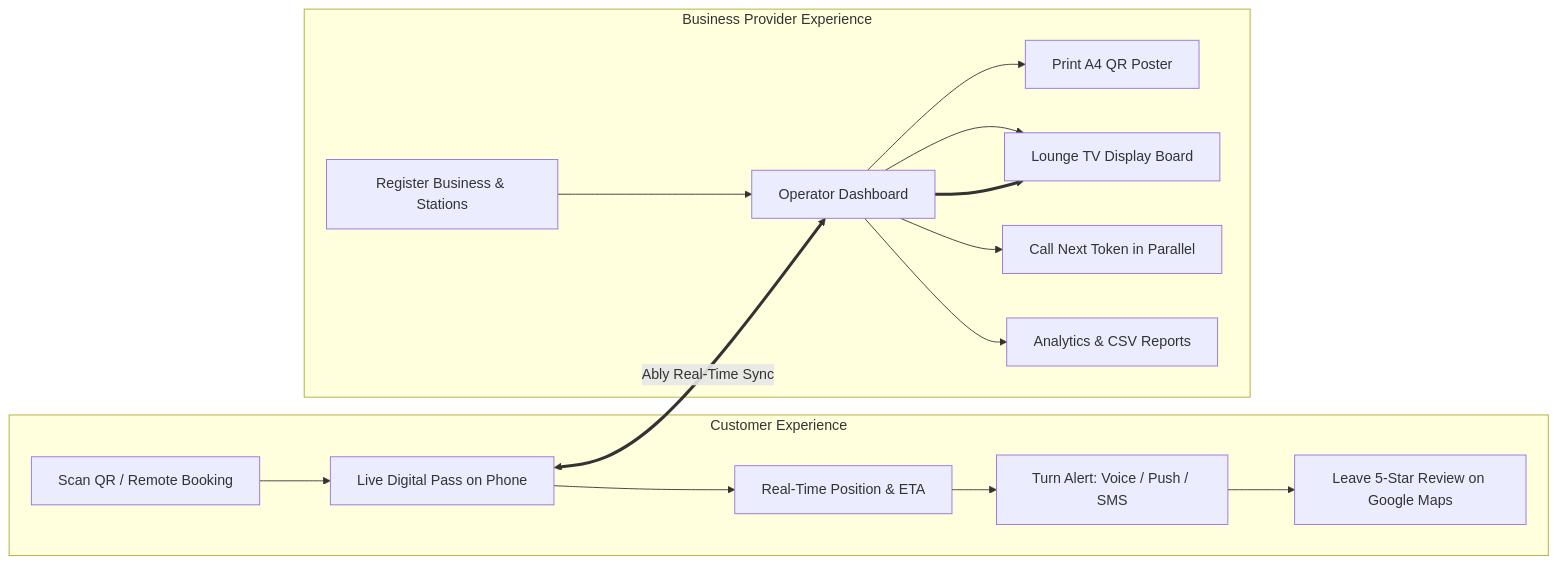
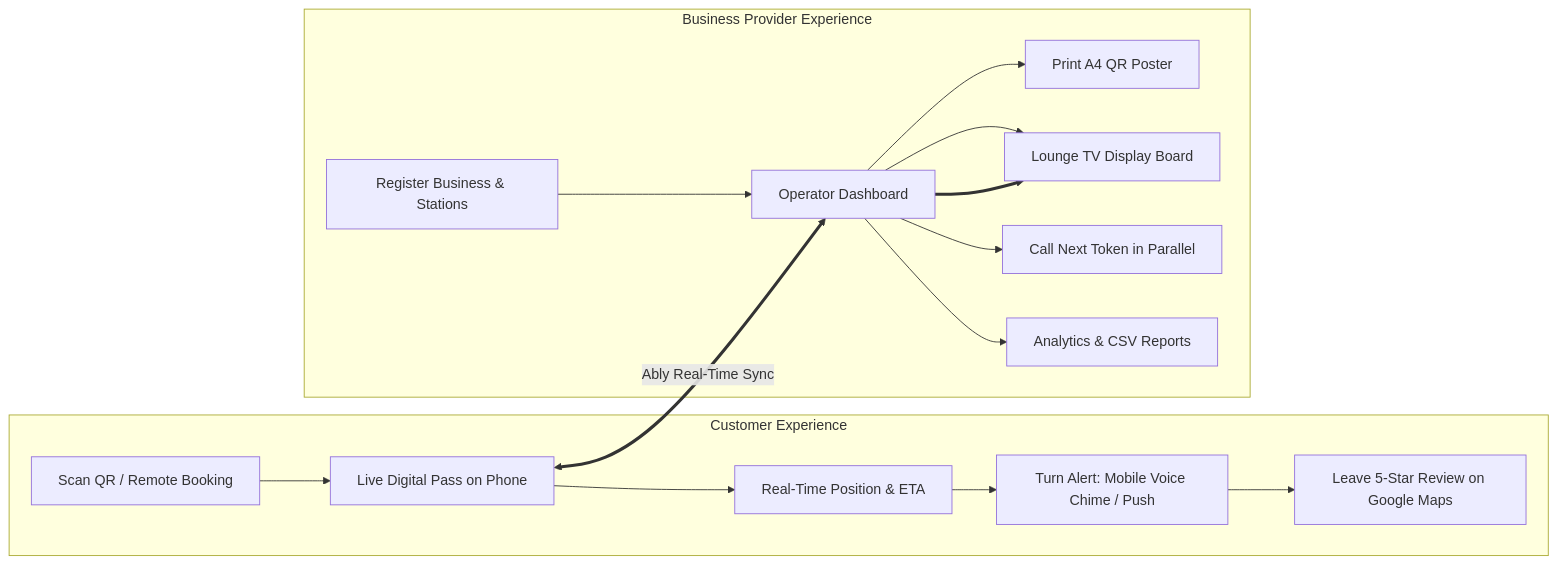
The diagram in FEATURE_LIST.md (silent-doom/noq), drawn with Mermaid before and after one commit. The commit also changed other lines of this file and 8 other files, not shown here.

````diff
--- a/FEATURE_LIST.md
+++ b/FEATURE_LIST.md
@@ -62,20 +62,20 @@
 ```mermaid
 graph LR
     subgraph "Customer Experience"
         A[Scan QR / Remote Booking] --> B[Live Digital Pass on Phone]
         B --> C[Real-Time Position & ETA]
-        C --> D[Turn Alert: Voice / Push / SMS]
+        C --> D[Turn Alert: Mobile Voice Chime / Push]
         D --> E[Leave 5-Star Review on Google Maps]
     end
 
     subgraph "Business Provider Experience"
         F[Register Business & Stations] --> G[Operator Dashboard]
         G --> H[Print A4 QR Poster]
         G --> I[Lounge TV Display Board]
         G --> J[Call Next Token in Parallel]
         G --> K[Analytics & CSV Reports]
     end
 
     B <== Ably Real-Time Sync ==> G
     G ==> I
 ```
````
